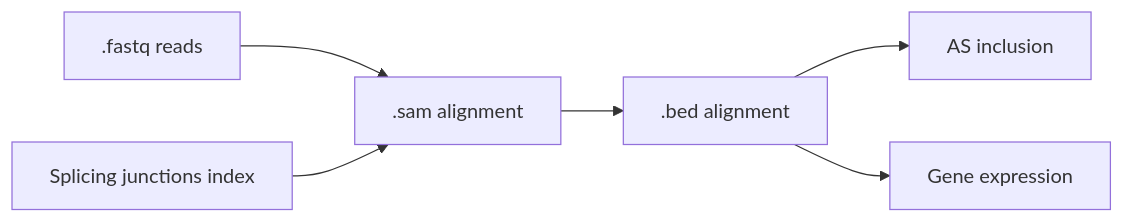
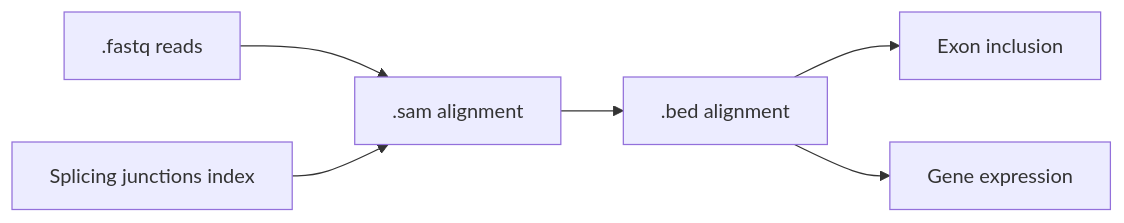
One commit to chaolinzhanglab/mras changed the first of 2 diagrams in README.md. Above: the diagram before and after it, drawn with Mermaid. The commit also changed other lines of this file, not shown here.

````diff
--- a/README.md
+++ b/README.md
@@ -12,15 +13,15 @@
 ```mermaid
 graph LR
     A[.fastq reads]
     B[Splicing junctions index]
     C[.sam alignment]
     D[.bed alignment]
-    E[AS inclusion]
+    E[Exon inclusion]
     F[Gene expression]
 
     A --> C
     B --> C
     C --> D
     D --> E
     D --> F
 ```
````
